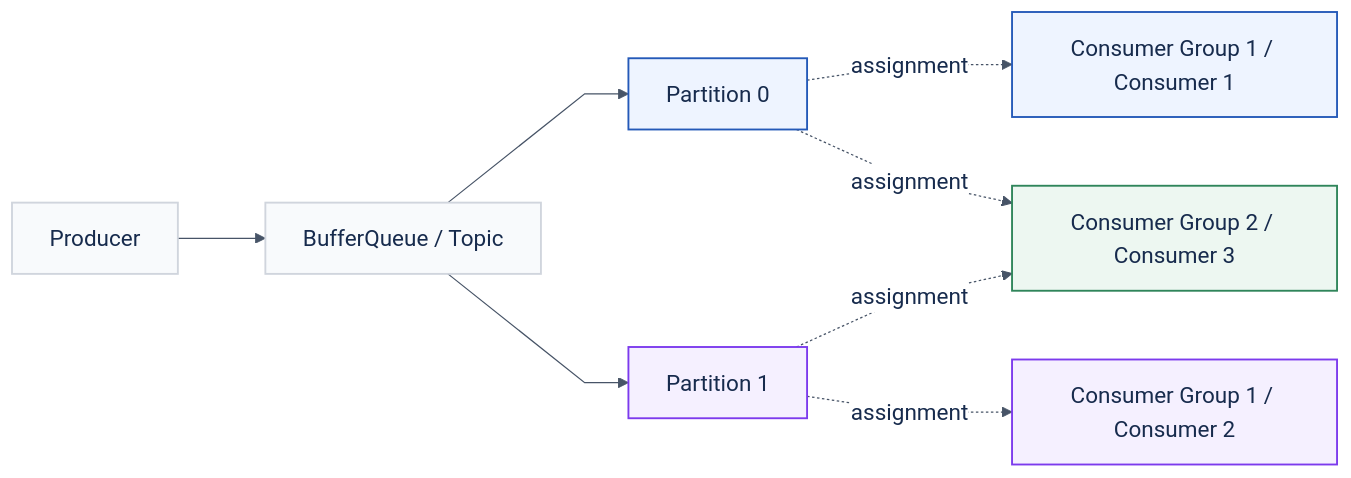
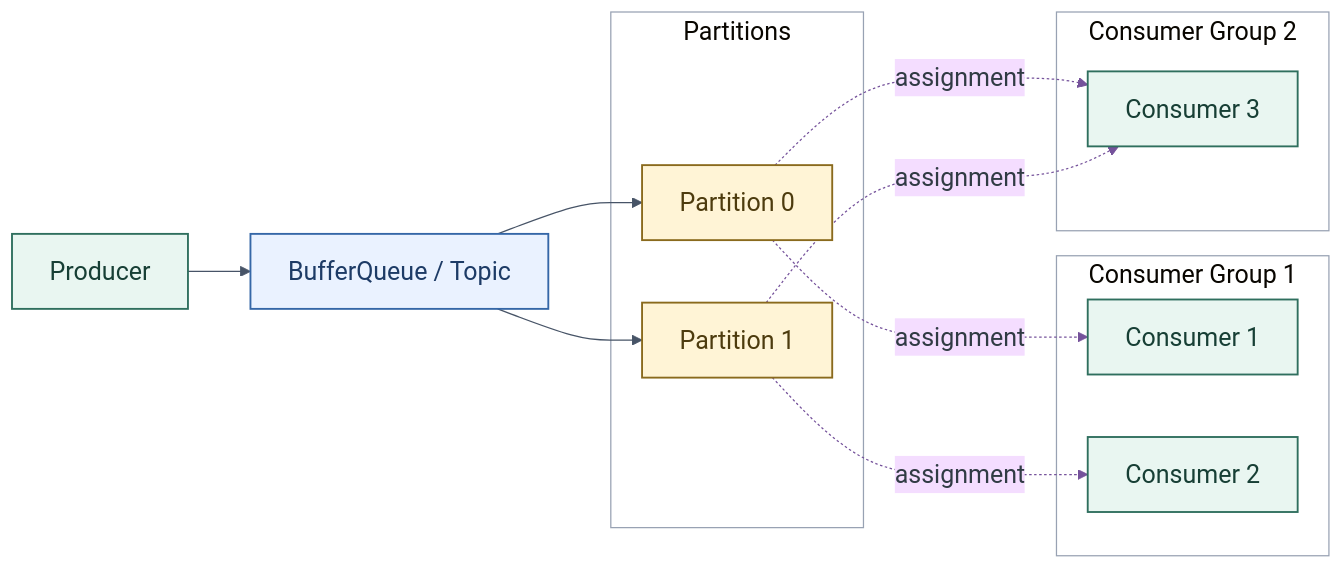
Before and after one commit to eventhorizon-cli/BufferQueue: the diagram in docs/assets/Partition.mmd, drawn with Mermaid. The commit also changed 13 other files, not shown here.

Commit message:
docs: redraw bilingual designs with the original diagram style

```diff
--- a/docs/assets/Partition.mmd
+++ b/docs/assets/Partition.mmd
@@ -1,21 +1,40 @@
-%%{init: {"theme":"base", "flowchart":{"htmlLabels":true,"curve":"linear","nodeSpacing":55,"rankSpacing":70}, "themeVariables":{"background":"#ffffff","fontFamily":"Arial, PingFang SC, Microsoft YaHei, sans-serif","fontSize":"18px","primaryTextColor":"#172b4d","lineColor":"#475467","primaryColor":"#f8fafc","primaryBorderColor":"#d0d5dd","edgeLabelBackground":"#ffffff"}}}%%
+---
+config:
+  theme: base
+  themeVariables:
+    background: "#ffffff"
+    fontFamily: "Arial, 'PingFang SC', 'Microsoft YaHei', sans-serif"
+    fontSize: 20px
+    primaryTextColor: "#303b44"
+    lineColor: "#475467"
+    clusterBkg: "#ffffff"
+    clusterBorder: "#98a2b3"
+---
+%% The SVG is the stable layout. Group 2 sits between the partition and Group 1 columns to avoid crossing assignment paths.
 flowchart LR
     P[Producer] --> Q[BufferQueue / Topic]
-    Q --> P0[Partition 0]
-    Q --> P1[Partition 1]
-    P0 -. assignment .-> C1[Consumer Group 1 / Consumer 1]
-    P1 -. assignment .-> C2[Consumer Group 1 / Consumer 2]
-    P0 -. assignment .-> C3[Consumer Group 2 / Consumer 3]
+    subgraph Topic[Partitions]
+        P0[Partition 0]
+        P1[Partition 1]
+    end
+    Q --> P0
+    Q --> P1
+    subgraph G1[Consumer Group 1]
+        C1[Consumer 1]
+        C2[Consumer 2]
+    end
+    subgraph G2[Consumer Group 2]
+        C3[Consumer 3]
+    end
+    P0 -. assignment .-> C1
+    P1 -. assignment .-> C2
+    P0 -. assignment .-> C3
     P1 -. assignment .-> C3
-    class P,Q core
-    class P0 partitionBlue
-    class P1 partitionPurple
-    class C1 consumerBlue
-    class C2 consumerPurple
-    class C3 consumerGreen
-    classDef core fill:#f8fafc,stroke:#d0d5dd,color:#172b4d,stroke-width:1.5px
-    classDef partitionBlue fill:#eef4ff,stroke:#2459b8,color:#172b4d,stroke-width:1.5px
-    classDef partitionPurple fill:#f5f0ff,stroke:#7c3aed,color:#172b4d,stroke-width:1.5px
-    classDef consumerBlue fill:#eef4ff,stroke:#2459b8,color:#172b4d,stroke-width:1.5px
-    classDef consumerPurple fill:#f5f0ff,stroke:#7c3aed,color:#172b4d,stroke-width:1.5px
-    classDef consumerGreen fill:#edf7f1,stroke:#2f855a,color:#172b4d,stroke-width:1.5px
+    class P,C1,C2,C3 client
+    class Q gateway
+    class P0,P1 storage
+    linkStyle 3,4,5,6 stroke:#75529b
+    classDef gateway fill:#eaf2ff,stroke:#3567a7,color:#1d3b66,stroke-width:1.5px
+    classDef core fill:#edf1f5,stroke:#596773,color:#303b44,stroke-width:1.5px
+    classDef storage fill:#fff4d6,stroke:#8a6a1d,color:#4d3b0e,stroke-width:1.5px
+    classDef client fill:#e9f6f1,stroke:#2f6f5e,color:#173f35,stroke-width:1.5px
```
